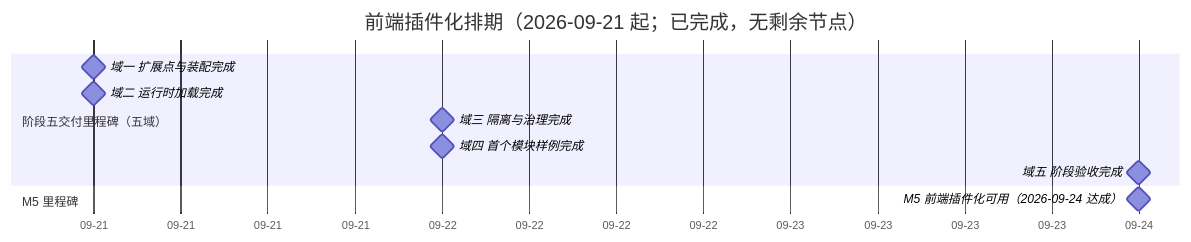
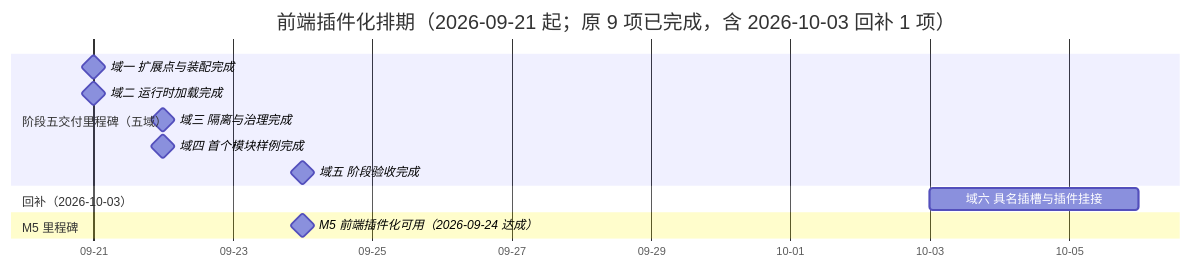
One commit to minjian123/basic-management-system changed the diagram in bms文档/项目/05_前端插件化/计划/01_计划_前端插件化.md. Above: the diagram before and after it, drawn with Mermaid. The commit also changed other lines of this file and 4 other files, not shown here.

````diff
--- a/bms文档/项目/05_前端插件化/计划/01_计划_前端插件化.md
+++ b/bms文档/项目/05_前端插件化/计划/01_计划_前端插件化.md
@@ -41,14 +41,16 @@
 ```mermaid
 gantt
-    title 前端插件化排期（2026-09-21 起；已完成，无剩余节点）
+    title 前端插件化排期（2026-09-21 起；原 9 项已完成，含 2026-10-03 回补 1 项）
     dateFormat  YYYY-MM-DD
     axisFormat %m-%d
     section 阶段五交付里程碑（五域）
     域一 扩展点与装配完成 :milestone, m01, 2026-09-21, 0d
     域二 运行时加载完成 :milestone, m02, 2026-09-21, 0d
     域三 隔离与治理完成 :milestone, m03, 2026-09-22, 0d
     域四 首个模块样例完成 :milestone, m04, 2026-09-22, 0d
     域五 阶段验收完成 :milestone, m05, 2026-09-24, 0d
+    section 回补（2026-10-03）
+    域六 具名插槽与插件挂接 :m06, 2026-10-03, 3d
     section M5 里程碑
     M5 前端插件化可用（2026-09-24 达成） :milestone, mm5, 2026-09-24, 0d
 ```
````
